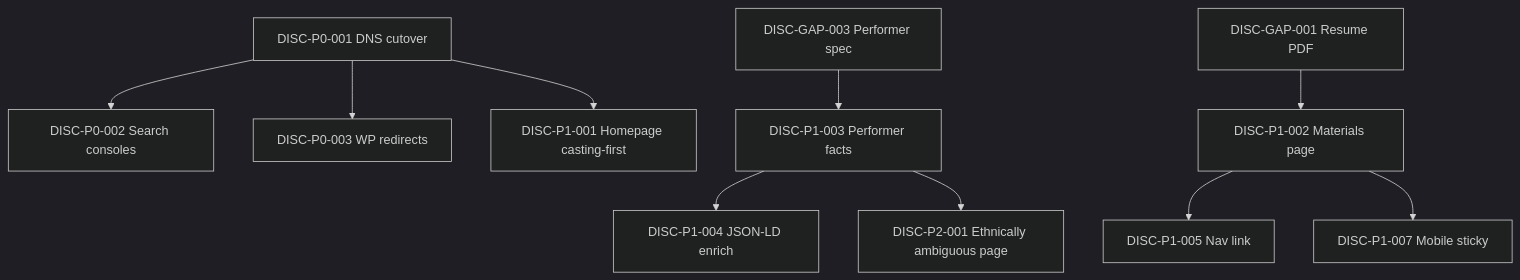
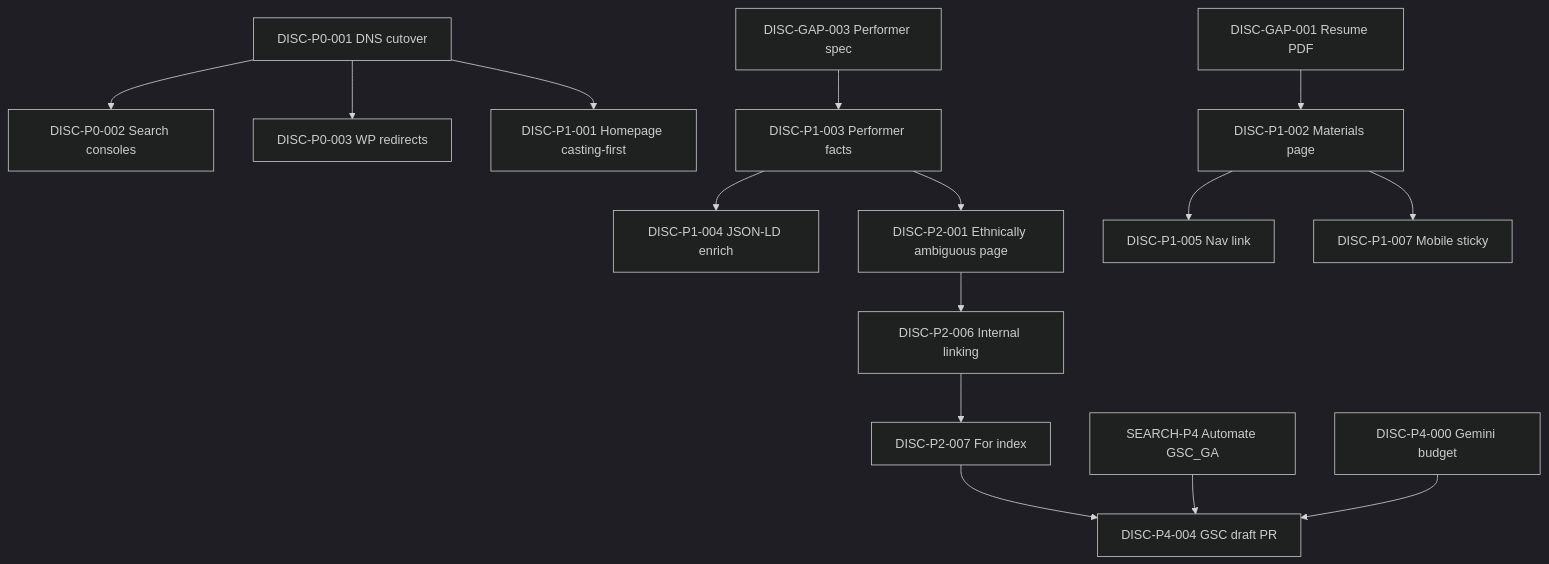
The second of 2 diagrams in docs/plans/casting-discoverability.md (jefftindall/broadway-portfolio), drawn with Mermaid (dark theme) before and after one commit. The commit also changed other lines of this file and 19 other files, not shown here.

First line of the commit message:
DISC-P4 + SEARCH-P4: Plan automated /for/ pipeline and raise budget for ACS toll-free. (#66)

````diff
--- a/docs/plans/casting-discoverability.md
+++ b/docs/plans/casting-discoverability.md
@@ -438,23 +619,33 @@
 ```mermaid
 flowchart TD
   P0001[DISC-P0-001 DNS cutover]
   P0002[DISC-P0-002 Search consoles]
   P0003[DISC-P0-003 WP redirects]
   GAP003[DISC-GAP-003 Performer spec]
   GAP001[DISC-GAP-001 Resume PDF]
   P1001[DISC-P1-001 Homepage casting-first]
   P1002[DISC-P1-002 Materials page]
   P1003[DISC-P1-003 Performer facts]
   P1004[DISC-P1-004 JSON-LD enrich]
   P2001[DISC-P2-001 Ethnically ambiguous page]
+  P2006[DISC-P2-006 Internal linking]
+  P2007[DISC-P2-007 For index]
+  SP4[SEARCH-P4 Automate GSC_GA]
+  P4000[DISC-P4-000 Gemini budget]
+  P4004[DISC-P4-004 GSC draft PR]
 
   P0001 --> P0002
   P0001 --> P0003
   P0001 --> P1001
   GAP001 --> P1002
   GAP003 --> P1003
   P1003 --> P1004
   P1003 --> P2001
   P1002 --> P1005[DISC-P1-005 Nav link]
   P1002 --> P1007[DISC-P1-007 Mobile sticky]
+  P2001 --> P2006
+  P2006 --> P2007
+  P2007 --> P4004
+  SP4 --> P4004
+  P4000 --> P4004
 ```
````
